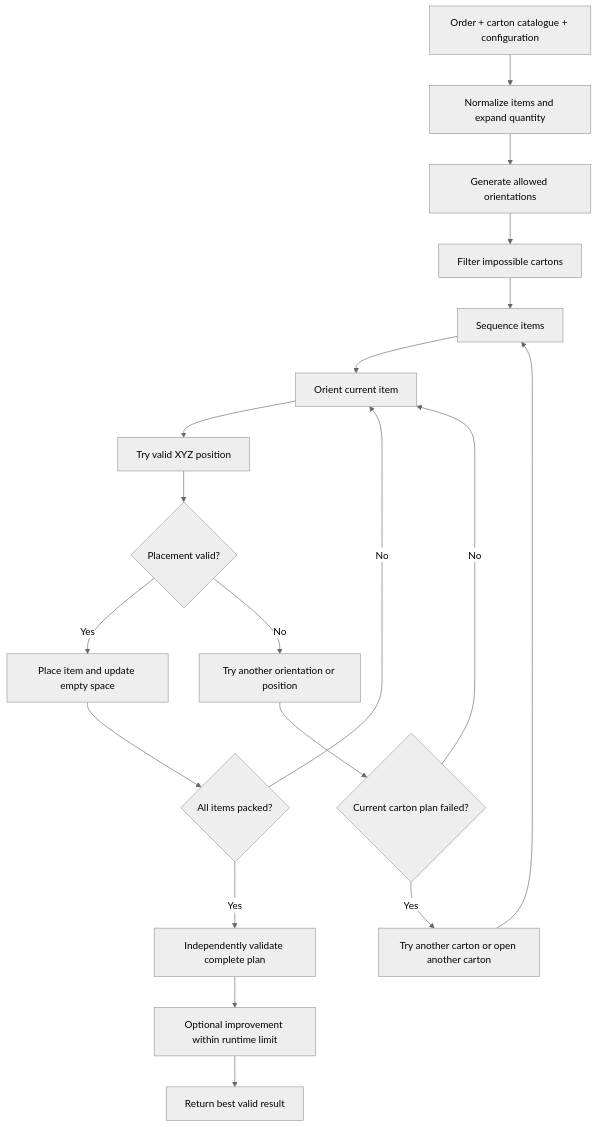
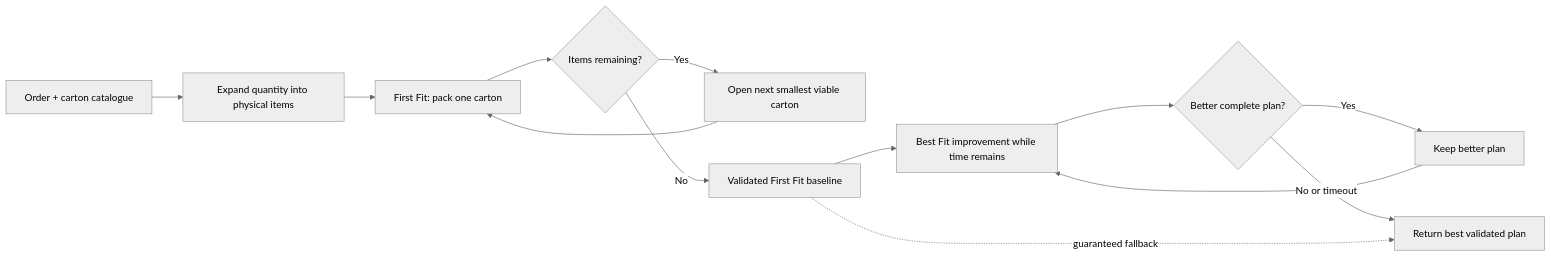
The diagram in src/PRODUCT_SPEC.md (Voycepeh/ihubsolutions-capstone-project), drawn with Mermaid (neutral theme) before and after one commit. The commit also changed other lines of this file, not shown here.

Commit message:
Define MVP 1-4 First Fit baseline and timeout-safe Best Fit improvement

````diff
--- a/src/PRODUCT_SPEC.md
+++ b/src/PRODUCT_SPEC.md
@@ -286,27 +306,20 @@
 ```mermaid
-flowchart TD
-    A[Order + carton catalogue + configuration]
-    B[Normalize items and expand quantity]
-    C[Generate allowed orientations]
-    D[Filter impossible cartons]
-    E[Sequence items]
-    F[Orient current item]
-    G[Try valid XYZ position]
-    H{Placement valid?}
-    I[Place item and update empty space]
-    J{All items packed?}
-    K[Try another orientation or position]
-    L{Current carton plan failed?}
-    M[Try another carton or open another carton]
-    N[Independently validate complete plan]
-    O[Optional improvement within runtime limit]
-    P[Return best valid result]
+flowchart LR
+    A[Order + carton catalogue]
+    B[Expand quantity into physical items]
+    C[First Fit: pack one carton]
+    D{Items remaining?}
+    E[Open next smallest viable carton]
+    F[Validated First Fit baseline]
+    G[Best Fit improvement while time remains]
+    H{Better complete plan?}
+    I[Keep better plan]
+    J[Return best validated plan]
 
-    A --> B --> C --> D --> E --> F --> G --> H
-    H -->|Yes| I --> J
-    H -->|No| K --> L
-    L -->|No| F
-    L -->|Yes| M --> E
-    J -->|No| F
-    J -->|Yes| N --> O --> P
+    A --> B --> C --> D
+    D -->|Yes| E --> C
+    D -->|No| F --> G --> H
+    H -->|Yes| I --> G
+    H -->|No or timeout| J
+    F -. guaranteed fallback .-> J
 ```
````
